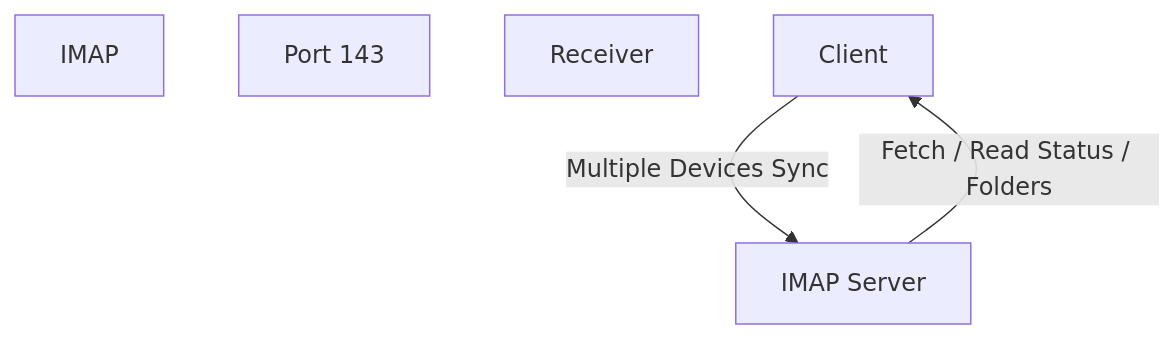
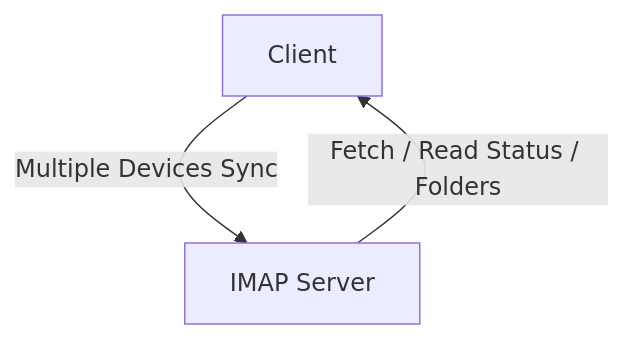
One commit to aswath0001/Internet-Networking changed the second of 2 diagrams in 8.md. Above: the diagram before and after it, drawn with Mermaid.

````diff
--- a/8.md
+++ b/8.md
@@ -22,11 +22,8 @@
 ```mermaid
 graph TD
-    %% Main Header / Title elements
-    IMAP["IMAP"]
-    Port["Port 143"]
-    Receiver["Receiver"]
+
 
     %% Flow elements / States matching IMAP video context
     Client["Client"] -->|Multiple Devices Sync| ImapServer["IMAP Server"]
     ImapServer -->|Fetch / Read Status / Folders| Client
 ```
````
